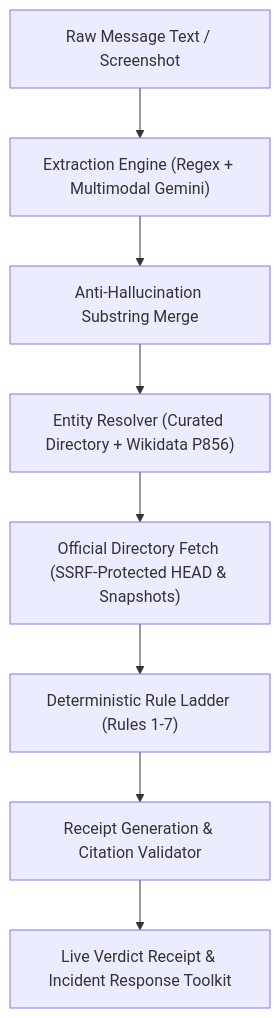
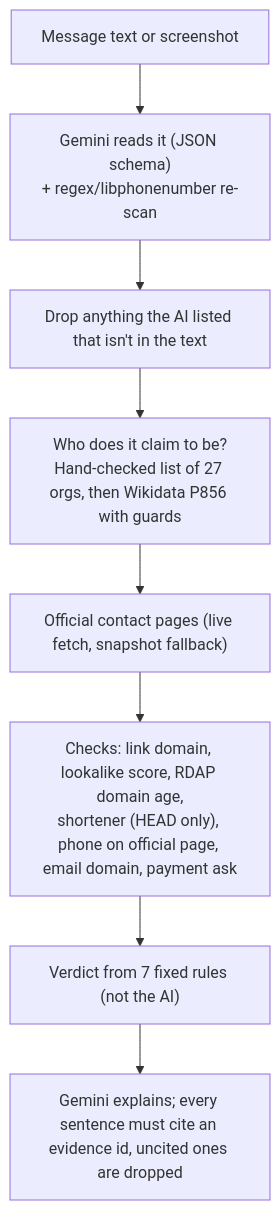
The diagram in README.md (CoderJT-Elite/callback), drawn with Mermaid before and after one commit. The commit also changed other lines of this file and 72 other files, not shown here.

````diff
--- a/README.md
+++ b/README.md
@@ -69,10 +31,10 @@
 ```mermaid
 flowchart TD
-    A["Raw Message Text / Screenshot"] --> B["Extraction Engine (Regex + Multimodal Gemini)"]
-    B --> C["Anti-Hallucination Substring Merge"]
-    C --> D["Entity Resolver (Curated Directory + Wikidata P856)"]
-    D --> E["Official Directory Fetch (SSRF-Protected HEAD & Snapshots)"]
-    E --> F["Deterministic Rule Ladder (Rules 1-7)"]
-    F --> G["Receipt Generation & Citation Validator"]
-    G --> H["Live Verdict Receipt & Incident Response Toolkit"]
+    A["Message text or screenshot"] --> B["Gemini reads it (JSON schema)<br/>+ regex/libphonenumber re-scan"]
+    B --> C["Drop anything the AI listed that isn't in the text"]
+    C --> D["Who does it claim to be?<br/>Hand-checked list of 27 orgs, then Wikidata P856 with guards"]
+    D --> E["Official contact pages (live fetch, snapshot fallback)"]
+    E --> F["Checks: link domain, lookalike score, RDAP domain age,<br/>shortener (HEAD only), phone on official page, email domain, payment ask"]
+    F --> G["Verdict from 7 fixed rules (not the AI)"]
+    G --> H["Gemini explains; every sentence must cite an evidence id, uncited ones are dropped"]
 ```
````
